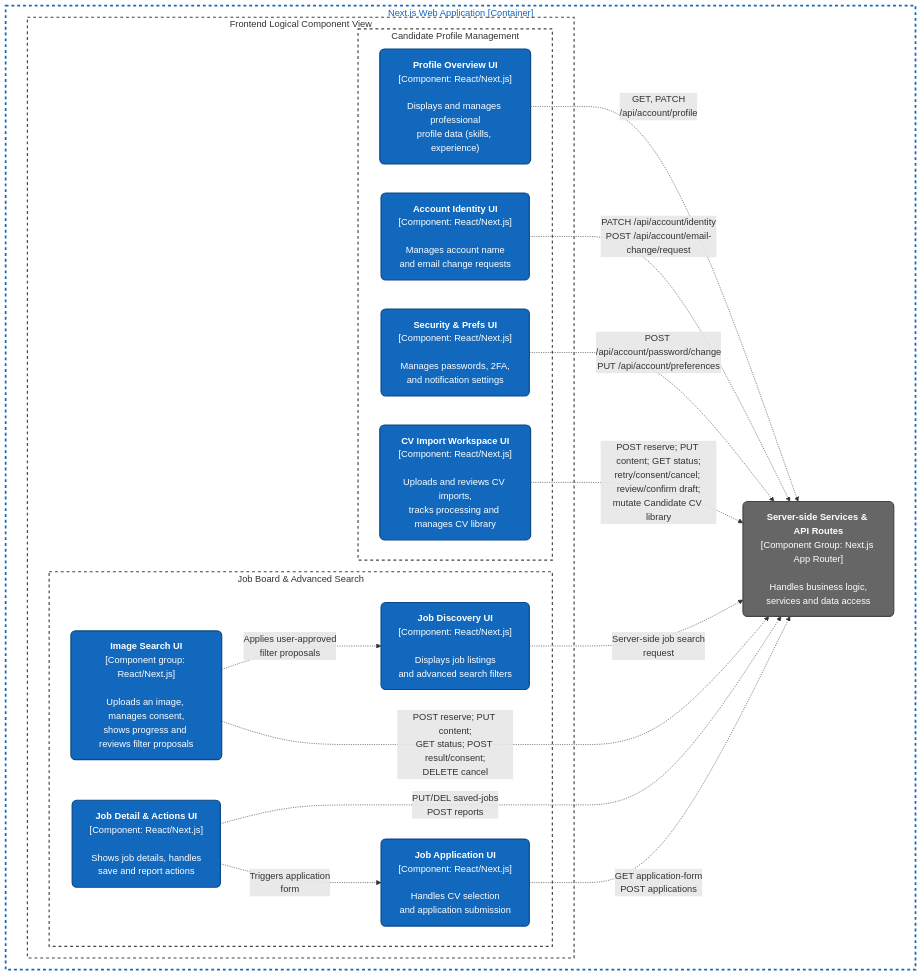
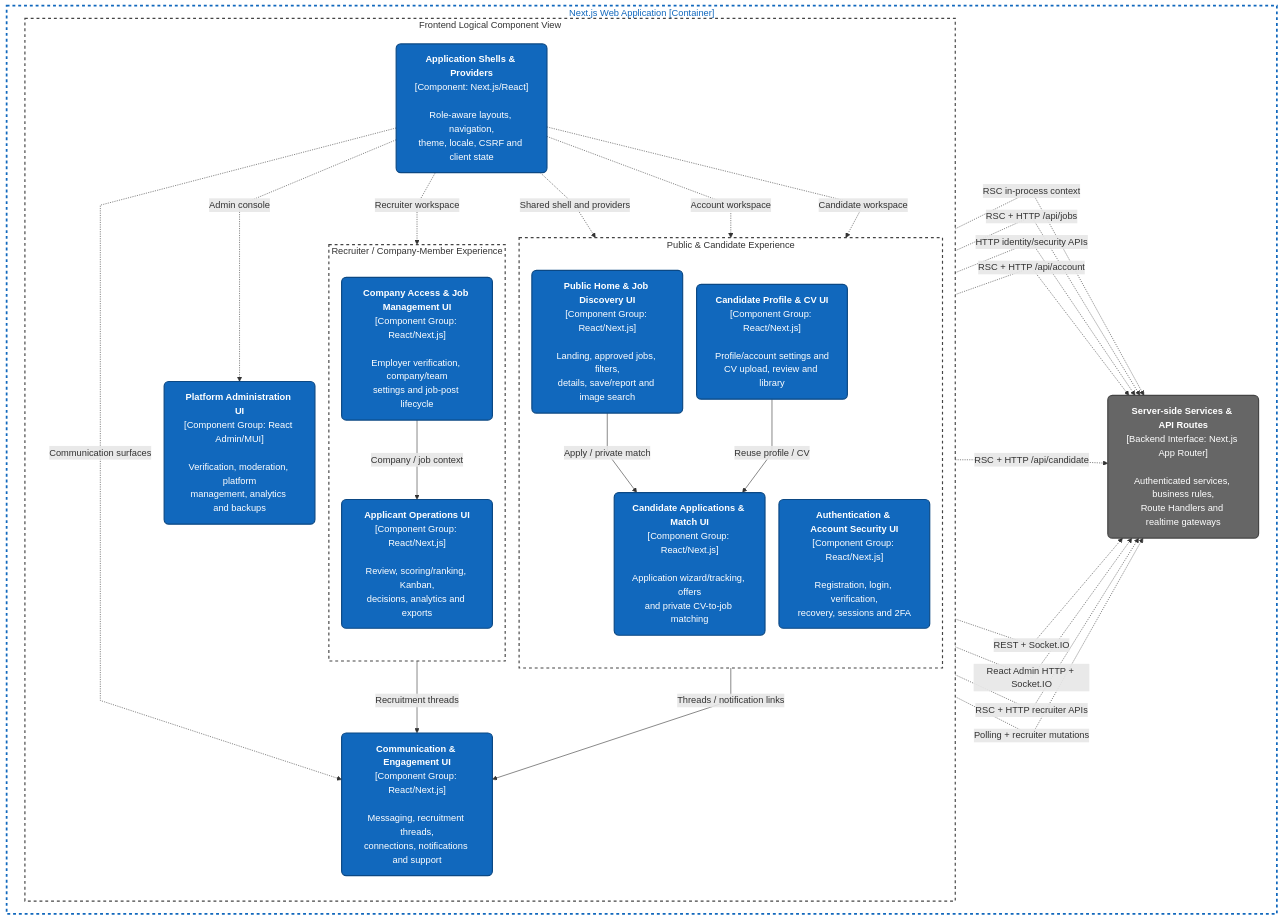
One commit to quocuy0112/Software-Engineering---Group-9 changed the diagram in docs/diagrams/container component diagrams/Frontend_Component.md. Above: the diagram before and after it, drawn with Mermaid. The commit also changed other lines of this file and 1 other file, not shown here.

Commit message:
Update C4 System Context and Frontend Component diagrams for PA5 final architecture

````diff
--- a/docs/diagrams/container component diagrams/Frontend_Component.md
+++ b/docs/diagrams/container component diagrams/Frontend_Component.md
@@ -9,52 +9,63 @@
 ```mermaid
-flowchart TD
+%%{init: {"flowchart": {"curve": "linear", "nodeSpacing": 24, "rankSpacing": 38}}}%%
+flowchart LR
     %% Styling
     classDef component fill:#1168bd,stroke:#0b4884,stroke-width:2px,color:#fff,rx:8px,ry:8px
     classDef backend fill:#666666,stroke:#444444,stroke-width:2px,color:#fff,rx:8px,ry:8px
-    classDef boundary fill:none,stroke:#444,stroke-width:2px,stroke-dasharray: 5 5,color:#333
-    classDef containerBoundary fill:none,stroke:#1168bd,stroke-width:3px,stroke-dasharray: 5 5,color:#1168bd
+    classDef boundary fill:none,stroke:#444,stroke-width:2px,stroke-dasharray:5 5,color:#333
+    classDef containerBoundary fill:none,stroke:#1168bd,stroke-width:3px,stroke-dasharray:5 5,color:#1168bd
 
-    %% Next.js Web Application Container Boundary
-    subgraph Container_Frontend ["Next.js Web Application [Container]"]
+    subgraph Container_Web ["Next.js Web Application [Container]"]
+        direction LR
         subgraph Frontend_View ["Frontend Logical Component View"]
-            %% Candidate Profile Management Boundary
-            subgraph Boundary_Profile ["Candidate Profile Management"]
-                C_Profile["<b>Profile Overview UI</b><br/>[Component: React/Next.js]<br/><br/>Displays and manages professional<br/>profile data (skills, experience)"]:::component
-                C_Account["<b>Account Identity UI</b><br/>[Component: React/Next.js]<br/><br/>Manages account name<br/>and email change requests"]:::component
-                C_Security["<b>Security & Prefs UI</b><br/>[Component: React/Next.js]<br/><br/>Manages passwords, 2FA,<br/>and notification settings"]:::component
-                C_CV["<b>CV Import Workspace UI</b><br/>[Component: React/Next.js]<br/><br/>Uploads and reviews CV imports,<br/>tracks processing and manages CV library"]:::component
+            direction TB
+            Shell["<b>Application Shells & Providers</b><br/>[Component: Next.js/React]<br/><br/>Role-aware layouts, navigation,<br/>theme, locale, CSRF and client state"]:::component
+
+            subgraph Candidate_Boundary ["Public & Candidate Experience"]
+                direction TB
+                PublicJobs["<b>Public Home & Job Discovery UI</b><br/>[Component Group: React/Next.js]<br/><br/>Landing, approved jobs, filters,<br/>details, save/report and image search"]:::component
+                Identity["<b>Authentication & Account Security UI</b><br/>[Component Group: React/Next.js]<br/><br/>Registration, login, verification,<br/>recovery, sessions and 2FA"]:::component
+                ProfileCv["<b>Candidate Profile & CV UI</b><br/>[Component Group: React/Next.js]<br/><br/>Profile/account settings and<br/>CV upload, review and library"]:::component
+                CandidateApps["<b>Candidate Applications & Match UI</b><br/>[Component Group: React/Next.js]<br/><br/>Application wizard/tracking, offers<br/>and private CV-to-job matching"]:::component
             end
 
-            %% Job Board & Advanced Search Boundary
-            subgraph Boundary_Jobs ["Job Board & Advanced Search"]
-                C_Search["<b>Job Discovery UI</b><br/>[Component: React/Next.js]<br/><br/>Displays job listings<br/>and advanced search filters"]:::component
-                C_ImageSearch["<b>Image Search UI</b><br/>[Component group: React/Next.js]<br/><br/>Uploads an image, manages consent,<br/>shows progress and reviews filter proposals"]:::component
-                C_Detail["<b>Job Detail & Actions UI</b><br/>[Component: React/Next.js]<br/><br/>Shows job details, handles<br/>save and report actions"]:::component
-                C_Apply["<b>Job Application UI</b><br/>[Component: React/Next.js]<br/><br/>Handles CV selection<br/>and application submission"]:::component
+            Engagement["<b>Communication & Engagement UI</b><br/>[Component Group: React/Next.js]<br/><br/>Messaging, recruitment threads,<br/>connections, notifications and support"]:::component
+
+            subgraph Recruiter_Boundary ["Recruiter / Company-Member Experience"]
+                direction TB
+                CompanyJobs["<b>Company Access & Job Management UI</b><br/>[Component Group: React/Next.js]<br/><br/>Employer verification, company/team<br/>settings and job-post lifecycle"]:::component
+                RecruiterOps["<b>Applicant Operations UI</b><br/>[Component Group: React/Next.js]<br/><br/>Review, scoring/ranking, Kanban,<br/>decisions, analytics and exports"]:::component
             end
+
+            Admin["<b>Platform Administration UI</b><br/>[Component Group: React Admin/MUI]<br/><br/>Verification, moderation, platform<br/>management, analytics and backups"]:::component
         end
 
-        %% Backend Services & API (Inside the Next.js Container)
-        API["<b>Server-side Services & API Routes</b><br/>[Component Group: Next.js App Router]<br/><br/>Handles business logic,<br/>services and data access"]:::backend
-
+        API["<b>Server-side Services & API Routes</b><br/>[Backend Interface: Next.js App Router]<br/><br/>Authenticated services, business rules,<br/>Route Handlers and realtime gateways"]:::backend
     end
 
-    %% Relationships - Profile
-    C_Profile -. "GET, PATCH<br/>/api/account/profile" .-> API
-    C_Account -. "PATCH /api/account/identity<br/>POST /api/account/email-change/request" .-> API
-    C_Security -. "POST /api/account/password/change<br/>PUT /api/account/preferences" .-> API
-    C_CV -. "POST reserve; PUT content; GET status;<br/>retry/consent/cancel; review/confirm draft;<br/>mutate Candidate CV library" .-> API
+    Shell -. "Shared shell and providers" .-> PublicJobs
+    Shell -. "Account workspace" .-> Identity
+    Shell -. "Candidate workspace" .-> ProfileCv
+    Shell -. "Communication surfaces" .-> Engagement
+    Shell -. "Recruiter workspace" .-> CompanyJobs
+    Shell -. "Admin console" .-> Admin
 
-    %% Relationships - Jobs
-    C_Search -. "Server-side job search<br/>request" .-> API
-    C_ImageSearch -. "POST reserve; PUT content;<br/>GET status; POST result/consent;<br/>DELETE cancel" .-> API
-    C_ImageSearch -. "Applies user-approved<br/>filter proposals" .-> C_Search
-    C_Detail -. "PUT/DEL saved-jobs<br/>POST reports" .-> API
-    C_Apply -. "GET application-form<br/>POST applications" .-> API
+    PublicJobs -->|"Apply / private match"| CandidateApps
+    ProfileCv -->|"Reuse profile / CV"| CandidateApps
+    CandidateApps -->|"Threads / notification links"| Engagement
+    CompanyJobs -->|"Company / job context"| RecruiterOps
+    RecruiterOps -->|"Recruitment threads"| Engagement
 
-    C_Detail -. "Triggers application<br/>form" .-> C_Apply
+    Shell -. "RSC in-process context" .-> API
+    PublicJobs -. "RSC + HTTP /api/jobs" .-> API
+    Identity -. "HTTP identity/security APIs" .-> API
+    ProfileCv -. "RSC + HTTP /api/account" .-> API
+    CandidateApps -. "RSC + HTTP /api/candidate" .-> API
+    Engagement -. "REST + Socket.IO" .-> API
+    CompanyJobs -. "RSC + HTTP recruiter APIs" .-> API
+    RecruiterOps -. "Polling + recruiter mutations" .-> API
+    Admin -. "React Admin HTTP + Socket.IO" .-> API
 
-    %% Layout constraints
-    class Boundary_Profile,Boundary_Jobs,Frontend_View boundary
-    class Container_Frontend containerBoundary
+    class Candidate_Boundary,Recruiter_Boundary,Frontend_View boundary
+    class Container_Web containerBoundary
 ```
````
